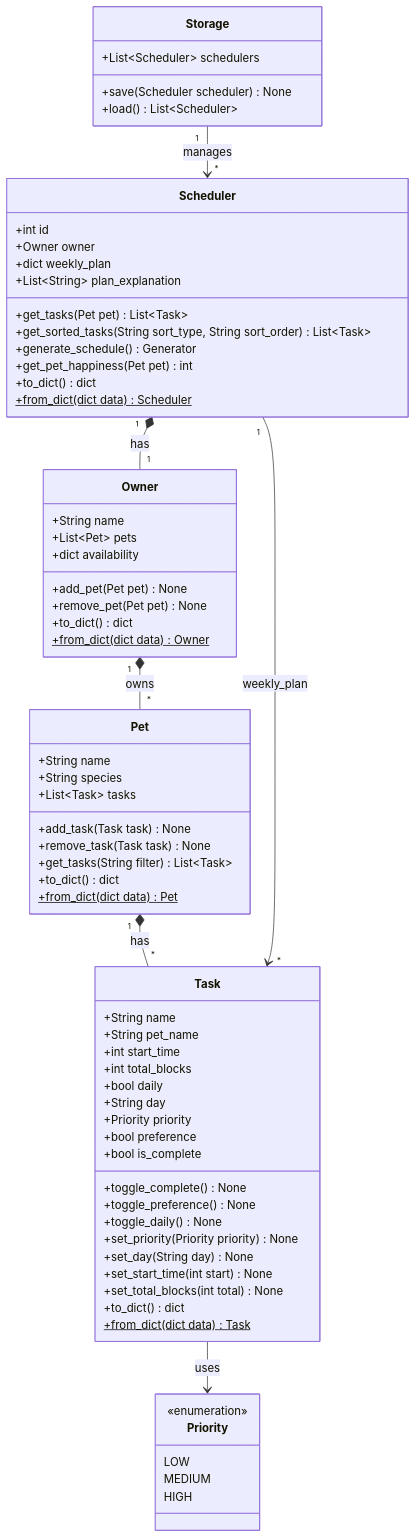
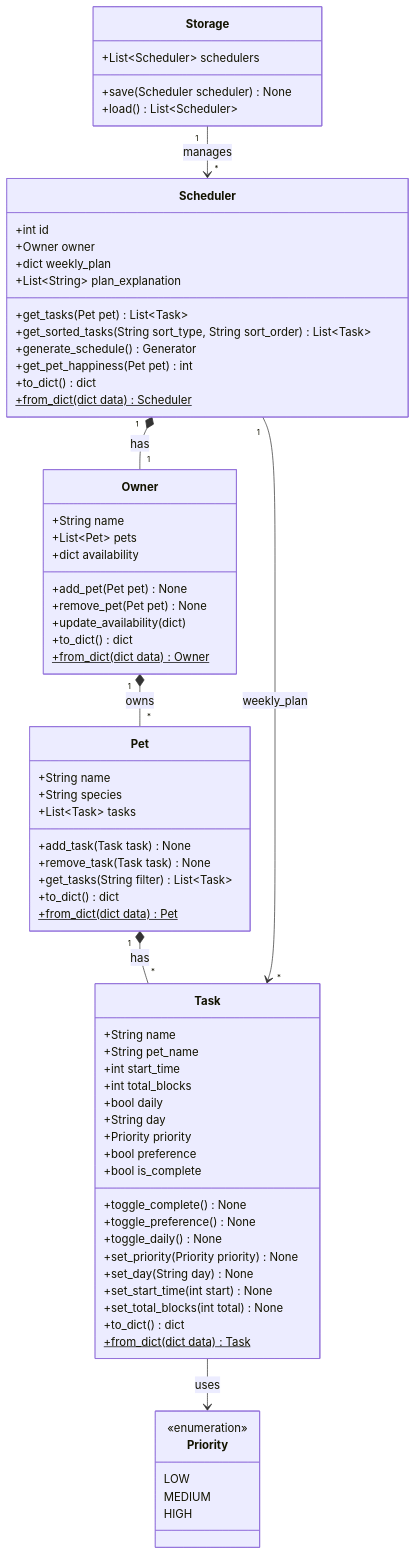
Before and after one commit to K3V1N32/ai110-module2show-pawpal-starter: the diagram in diagrams/uml.md, drawn with Mermaid. The commit also changed 8 other files, not shown here.

````diff
--- a/diagrams/uml.md
+++ b/diagrams/uml.md
@@ -1,81 +1,82 @@
 ```mermaid
 %% This is a md version of the UML, used to render a preview of the Diagram within VS Code / GitHub for ease of viewing.
 classDiagram
     direction TB
 
     class Priority {
         <<enumeration>>
         LOW
         MEDIUM
         HIGH
     }
 
     class Task {
         +String name
         +String pet_name
         +int start_time
         +int total_blocks
         +bool daily
         +String day
         +Priority priority
         +bool preference
         +bool is_complete
         +toggle_complete() None
         +toggle_preference() None
         +toggle_daily() None
         +set_priority(Priority priority) None
         +set_day(String day) None
         +set_start_time(int start) None
         +set_total_blocks(int total) None
         +to_dict() dict
         +from_dict(dict data) Task$
     }
 
     class Pet {
         +String name
         +String species
         +List~Task~ tasks
         +add_task(Task task) None
         +remove_task(Task task) None
         +get_tasks(String filter) List~Task~
         +to_dict() dict
         +from_dict(dict data) Pet$
     }
 
     class Owner {
         +String name
         +List~Pet~ pets
         +dict availability
         +add_pet(Pet pet) None
         +remove_pet(Pet pet) None
+        +update_availability(dict)
         +to_dict() dict
         +from_dict(dict data) Owner$
     }
 
     class Scheduler {
         +int id
         +Owner owner
         +dict weekly_plan
         +List~String~ plan_explanation
         +get_tasks(Pet pet) List~Task~
         +get_sorted_tasks(String sort_type, String sort_order) List~Task~
         +generate_schedule() Generator
         +get_pet_happiness(Pet pet) int
         +to_dict() dict
         +from_dict(dict data) Scheduler$
     }
 
     class Storage {
         +List~Scheduler~ schedulers
         +save(Scheduler scheduler) None
         +load() List~Scheduler~
     }
 
     Scheduler "1" *-- "1" Owner : has
     Owner "1" *-- "*" Pet : owns
     Pet "1" *-- "*" Task : has
     Scheduler "1" --> "*" Task : weekly_plan
     Storage "1" --> "*" Scheduler : manages
     Task --> Priority : uses
 
 ```
````
